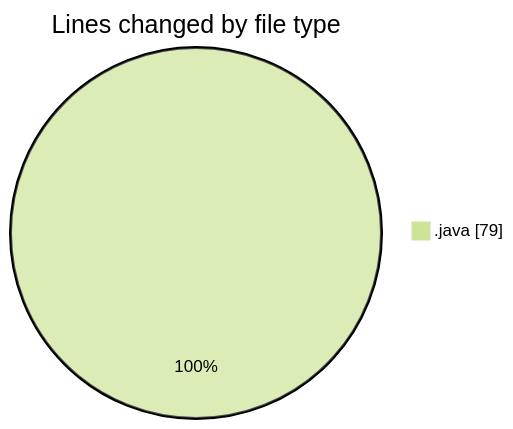
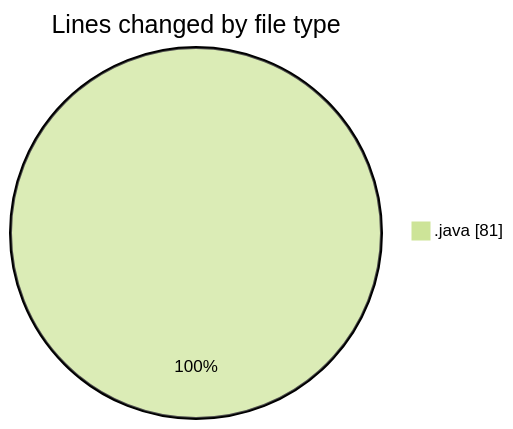
The first of 2 diagrams in 2025-02-21/project1/README.md (NitaiMahat/code-tracking), drawn with Mermaid (forest theme) before and after one commit. The commit also changed other lines of this file and 1 other file, not shown here.

````diff
--- a/2025-02-21/project1/README.md
+++ b/2025-02-21/project1/README.md
@@ -20,5 +20,5 @@
 ```mermaid
 pie showData
 title Lines changed by file type
-".java" : 79
+".java" : 81
 ```
````
